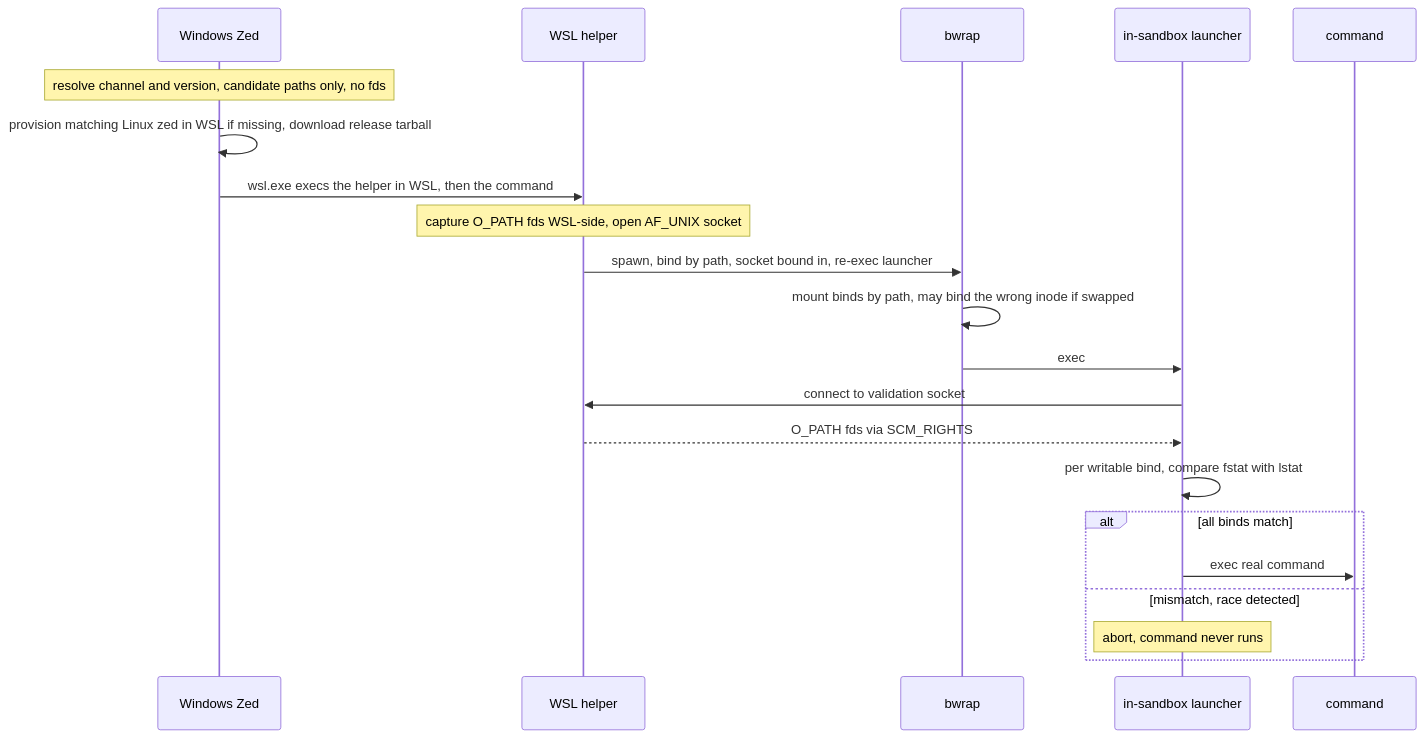
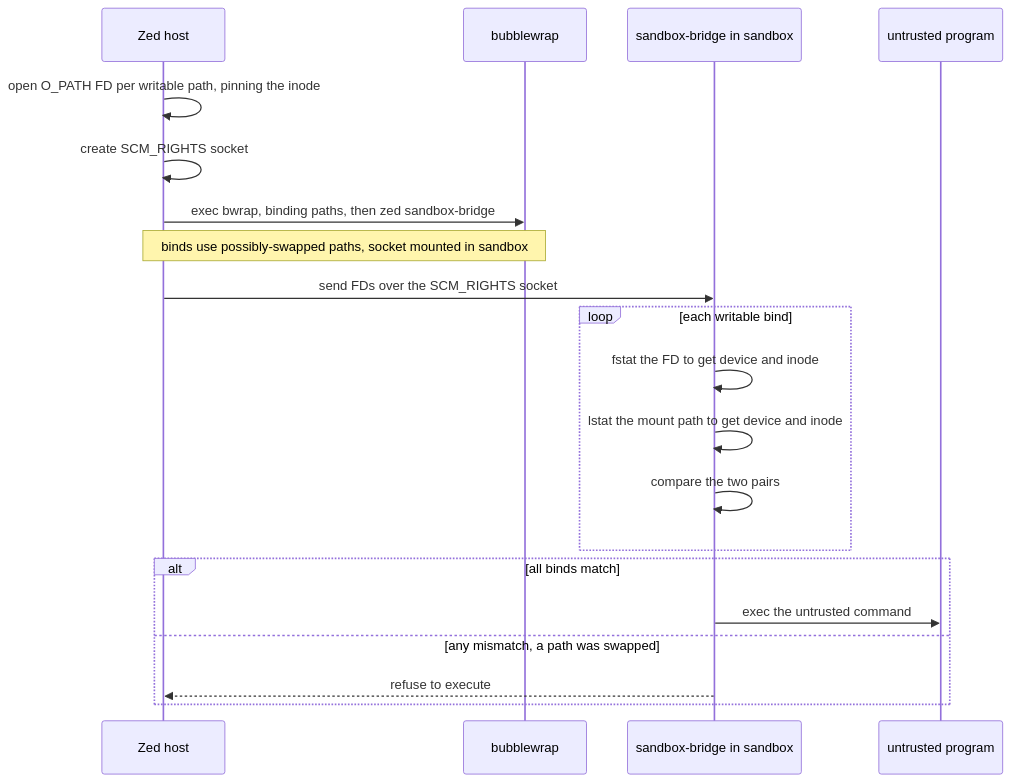
One commit to zed-industries/zed changed the second of 2 diagrams in crates/sandbox/README.md. Above: the diagram before and after it, drawn with Mermaid. The commit also changed other lines of this file, not shown here.

````diff
--- a/crates/sandbox/README.md
+++ b/crates/sandbox/README.md
@@ -339,24 +192,23 @@
 ```mermaid
 sequenceDiagram
-    participant Win as Windows Zed
-    participant Helper as WSL helper
-    participant Bwrap as bwrap
-    participant Launcher as in-sandbox launcher
-    participant Cmd as command
+    participant Zed as Zed host
+    participant BW as bubblewrap
+    participant Bridge as sandbox-bridge in sandbox
+    participant Prog as untrusted program
 
-    Note over Win: resolve channel and version, candidate paths only, no fds
-    Win->>Win: provision matching Linux zed in WSL if missing, download release tarball
-    Win->>Helper: wsl.exe execs the helper in WSL, then the command
-    Note over Helper: capture O_PATH fds WSL-side, open AF_UNIX socket
-    Helper->>Bwrap: spawn, bind by path, socket bound in, re-exec launcher
-    Bwrap->>Bwrap: mount binds by path, may bind the wrong inode if swapped
-    Bwrap->>Launcher: exec
-    Launcher->>Helper: connect to validation socket
-    Helper-->>Launcher: O_PATH fds via SCM_RIGHTS
-    Launcher->>Launcher: per writable bind, compare fstat with lstat
+    Zed->>Zed: open O_PATH FD per writable path, pinning the inode
+    Zed->>Zed: create SCM_RIGHTS socket
+    Zed->>BW: exec bwrap, binding paths, then zed sandbox-bridge
+    Note over Zed,BW: binds use possibly-swapped paths, socket mounted in sandbox
+    Zed->>Bridge: send FDs over the SCM_RIGHTS socket
+    loop each writable bind
+        Bridge->>Bridge: fstat the FD to get device and inode
+        Bridge->>Bridge: lstat the mount path to get device and inode
+        Bridge->>Bridge: compare the two pairs
+    end
     alt all binds match
-        Launcher->>Cmd: exec real command
-    else mismatch, race detected
-        Note over Launcher: abort, command never runs
+        Bridge->>Prog: exec the untrusted command
+    else any mismatch, a path was swapped
+        Bridge-->>Zed: refuse to execute
     end
 ```
````
